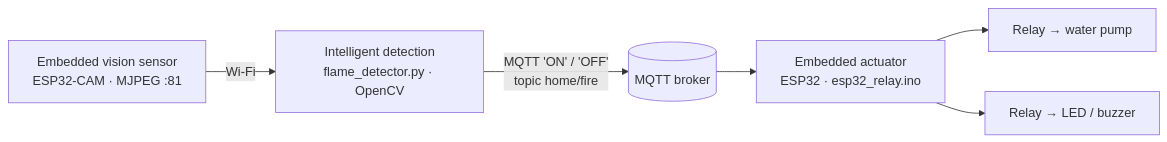
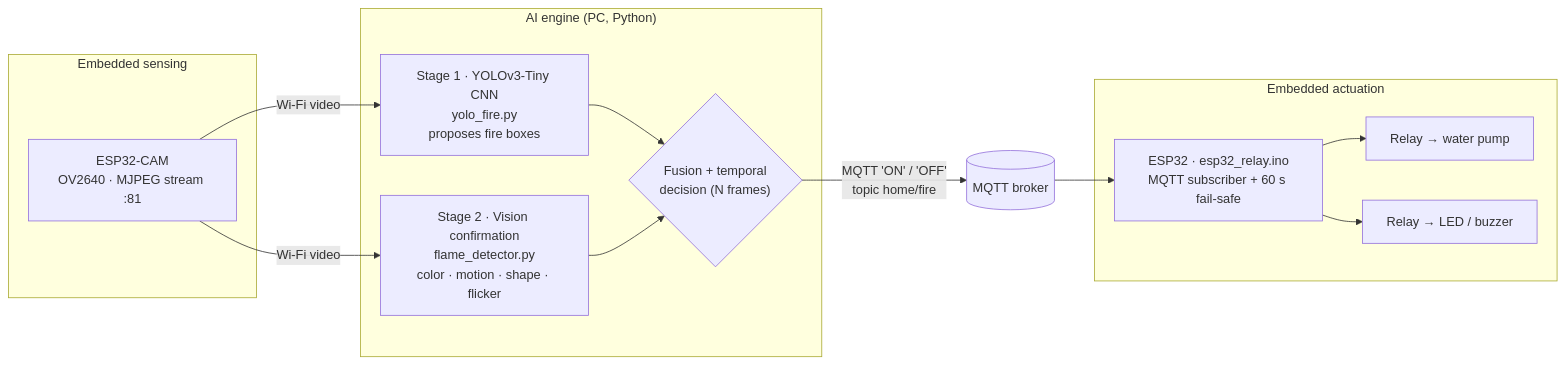
The diagram in README.md (yosrarhim/IoT-AI-Fire-Extinguisher-System), drawn with Mermaid before and after one commit. The commit also changed other lines of this file and 8 other files, not shown here.

First line of the commit message:
Add YOLOv3-Tiny fire detection stage with hybrid AI decision

````diff
--- a/README.md
+++ b/README.md
@@ -23,8 +23,24 @@
 ```mermaid
 flowchart LR
-    CAM["Embedded vision sensor<br/>ESP32-CAM · MJPEG :81"] -- Wi-Fi --> PY["Intelligent detection<br/>flame_detector.py · OpenCV"]
-    PY -- "MQTT 'ON' / 'OFF'<br/>topic home/fire" --> BRK[("MQTT broker")]
-    BRK --> ESP["Embedded actuator<br/>ESP32 · esp32_relay.ino"]
-    ESP --> P["Relay → water pump"]
-    ESP --> A["Relay → LED / buzzer"]
+    subgraph EDGE1["Embedded sensing"]
+        CAM["ESP32-CAM<br/>OV2640 · MJPEG stream :81"]
+    end
+    subgraph AI["AI engine (PC, Python)"]
+        Y["Stage 1 · YOLOv3-Tiny CNN<br/>yolo_fire.py<br/>proposes fire boxes"]
+        V["Stage 2 · Vision confirmation<br/>flame_detector.py<br/>color · motion · shape · flicker"]
+        D{"Fusion + temporal<br/>decision (N frames)"}
+        Y --> D
+        V --> D
+    end
+    subgraph EDGE2["Embedded actuation"]
+        ESP["ESP32 · esp32_relay.ino<br/>MQTT subscriber + 60 s fail-safe"]
+        P["Relay → water pump"]
+        A["Relay → LED / buzzer"]
+        ESP --> P
+        ESP --> A
+    end
+    CAM -- "Wi-Fi video" --> Y
+    CAM -- "Wi-Fi video" --> V
+    D -- "MQTT 'ON' / 'OFF'<br/>topic home/fire" --> BRK[("MQTT broker")]
+    BRK --> ESP
 ```
````
